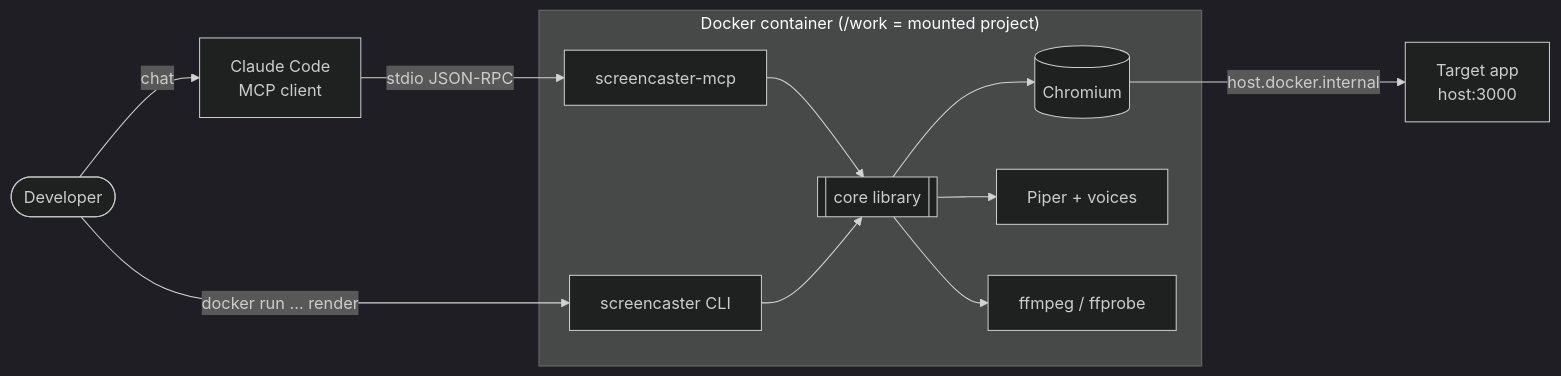
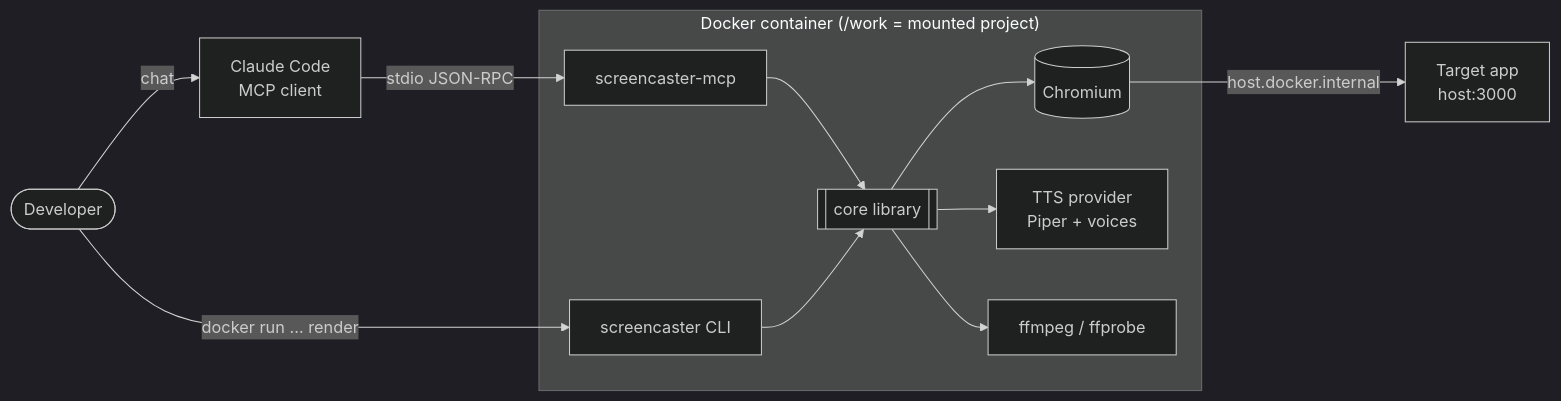
The first of 3 diagrams in docs/ARCHITECTURE.md (makuchpatryk/screencaster), drawn with Mermaid (dark theme) before and after one commit. The commit also changed other lines of this file and 2 other files, not shown here.

First line of the commit message:
Move TTS provider check to CLI render start

````diff
--- a/docs/ARCHITECTURE.md
+++ b/docs/ARCHITECTURE.md
@@ -22,24 +22,24 @@
 ```mermaid
 flowchart LR
     Dev([Developer])
     CC[Claude Code<br/>MCP client]
     subgraph Docker["Docker container (/work = mounted project)"]
         MCP[screencaster-mcp]
         CLI[screencaster CLI]
         Core[[core library]]
         Chromium[(Chromium)]
-        Piper[Piper + voices]
+        TTS[TTS provider<br/>Piper + voices]
         FF[ffmpeg / ffprobe]
     end
     App[Target app<br/>host:3000]
 
     Dev -- chat --> CC
     Dev -- docker run ... render --> CLI
     CC -- stdio JSON-RPC --> MCP
     MCP --> Core
     CLI --> Core
     Core --> Chromium
-    Core --> Piper
+    Core --> TTS
     Core --> FF
     Chromium -- host.docker.internal --> App
 ```
````
